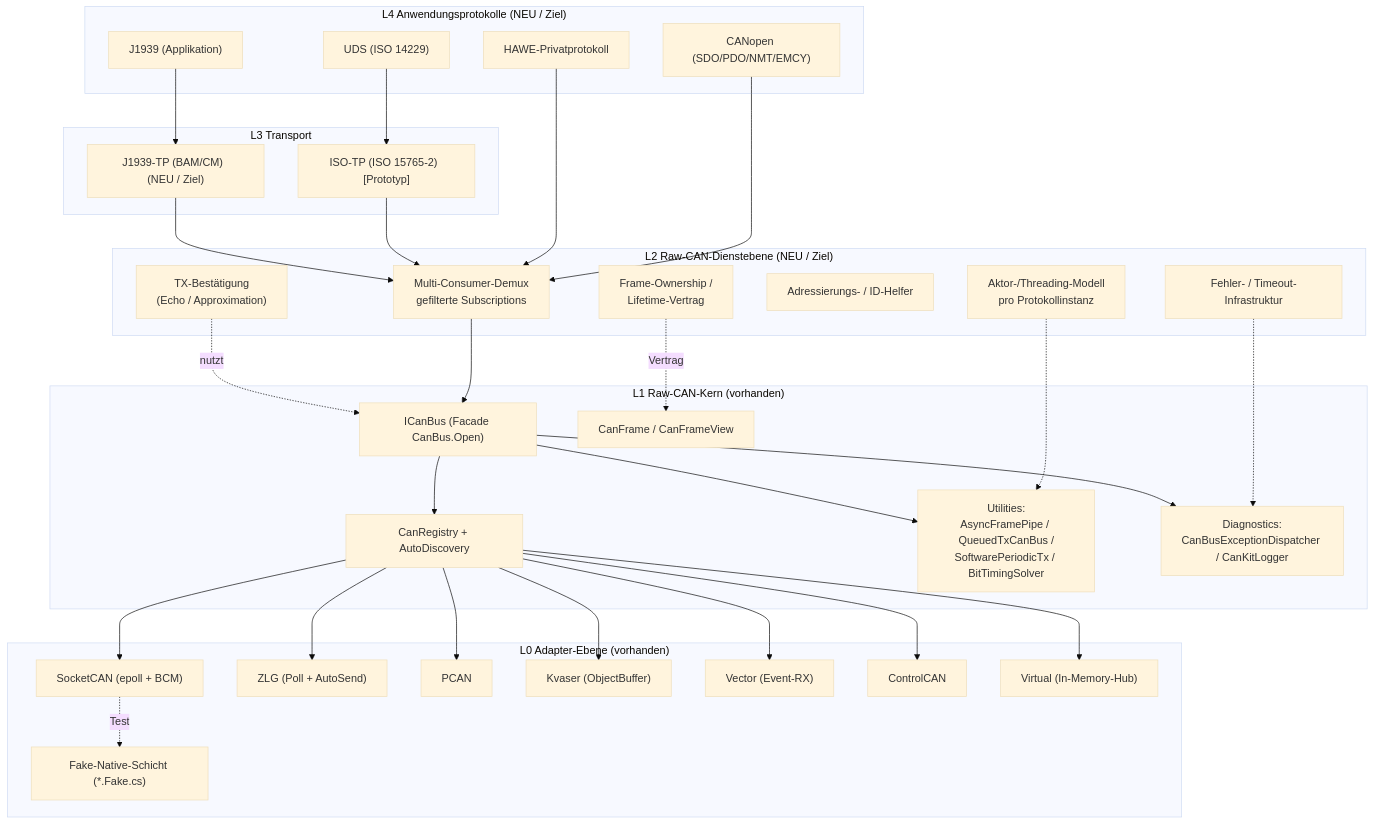
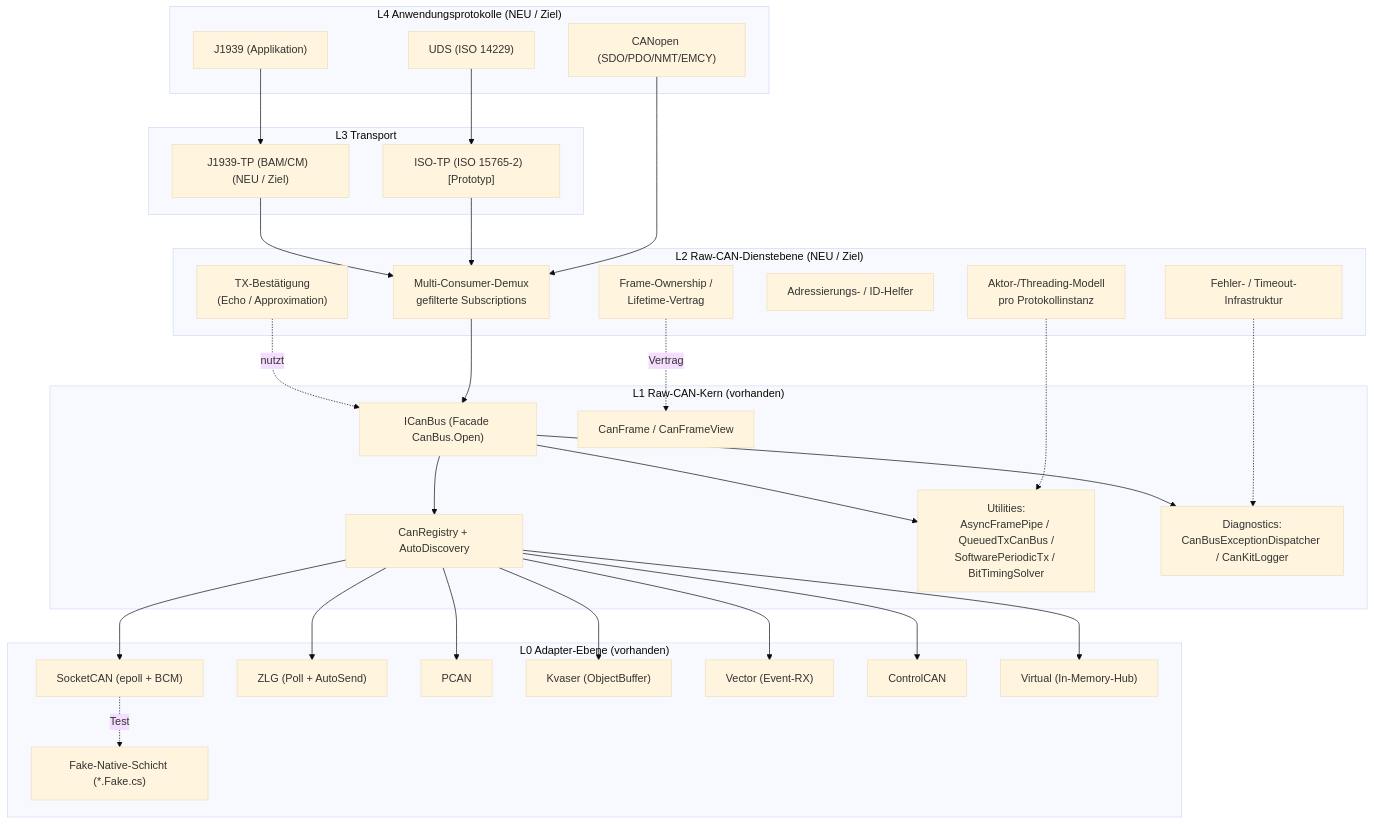
One commit to dborgards/CanKit.Pro changed the second of 19 diagrams in docs/architecture/arc42-CanKit.Pro.md. Above: the diagram before and after it, drawn with Mermaid (base theme). The commit also changed other lines of this file and 29 other files, not shown here.

````diff
--- a/docs/architecture/arc42-CanKit.Pro.md
+++ b/docs/architecture/arc42-CanKit.Pro.md
@@ -251,65 +251,63 @@
 ```mermaid
 flowchart TB
     subgraph L4["L4 Anwendungsprotokolle  (NEU / Ziel)"]
         UDS["UDS (ISO 14229)"]
         CANopen["CANopen (SDO/PDO/NMT/EMCY)"]
         J1939App["J1939 (Applikation)"]
-        HAWE["HAWE-Privatprotokoll"]
     end
 
     subgraph L3["L3 Transport"]
         IsoTp["ISO-TP (ISO 15765-2)  [Prototyp]"]
         J1939Tp["J1939-TP (BAM/CM)  (NEU / Ziel)"]
     end
 
     subgraph L2["L2 Raw-CAN-Dienstebene  (NEU / Ziel)"]
         Demux["Multi-Consumer-Demux<br/>gefilterte Subscriptions"]
         Ownership["Frame-Ownership /<br/>Lifetime-Vertrag"]
         TxConfirm["TX-Bestätigung<br/>(Echo / Approximation)"]
         Addr["Adressierungs- / ID-Helfer"]
         Actor["Aktor-/Threading-Modell<br/>pro Protokollinstanz"]
         FaultInfra["Fehler- / Timeout-Infrastruktur"]
     end
 
     subgraph L1["L1 Raw-CAN-Kern  (vorhanden)"]
         ICanBus["ICanBus (Facade CanBus.Open)"]
         CanFrame["CanFrame / CanFrameView"]
         Registry["CanRegistry + AutoDiscovery"]
         Utils["Utilities:<br/>AsyncFramePipe / QueuedTxCanBus /<br/>SoftwarePeriodicTx / BitTimingSolver"]
         Diag["Diagnostics:<br/>CanBusExceptionDispatcher / CanKitLogger"]
     end
 
     subgraph L0["L0 Adapter-Ebene  (vorhanden)"]
         SocketCAN["SocketCAN (epoll + BCM)"]
         ZLG["ZLG (Poll + AutoSend)"]
         PCAN["PCAN"]
         Kvaser["Kvaser (ObjectBuffer)"]
         Vector["Vector (Event-RX)"]
         ControlCAN["ControlCAN"]
         Virtual["Virtual (In-Memory-Hub)"]
         Fake["Fake-Native-Schicht (*.Fake.cs)"]
     end
 
     UDS --> IsoTp
     CANopen --> Demux
     J1939App --> J1939Tp
-    HAWE --> Demux
     IsoTp --> Demux
     J1939Tp --> Demux
     Demux --> ICanBus
     Ownership -.Vertrag.-> CanFrame
     TxConfirm -.nutzt.-> ICanBus
     Actor -.-> Utils
     FaultInfra -.-> Diag
     ICanBus --> Registry
     ICanBus --> Utils
     ICanBus --> Diag
     Registry --> SocketCAN
     Registry --> ZLG
     Registry --> PCAN
     Registry --> Kvaser
     Registry --> Vector
     Registry --> ControlCAN
     Registry --> Virtual
     SocketCAN -.Test.-> Fake
 ```
````
